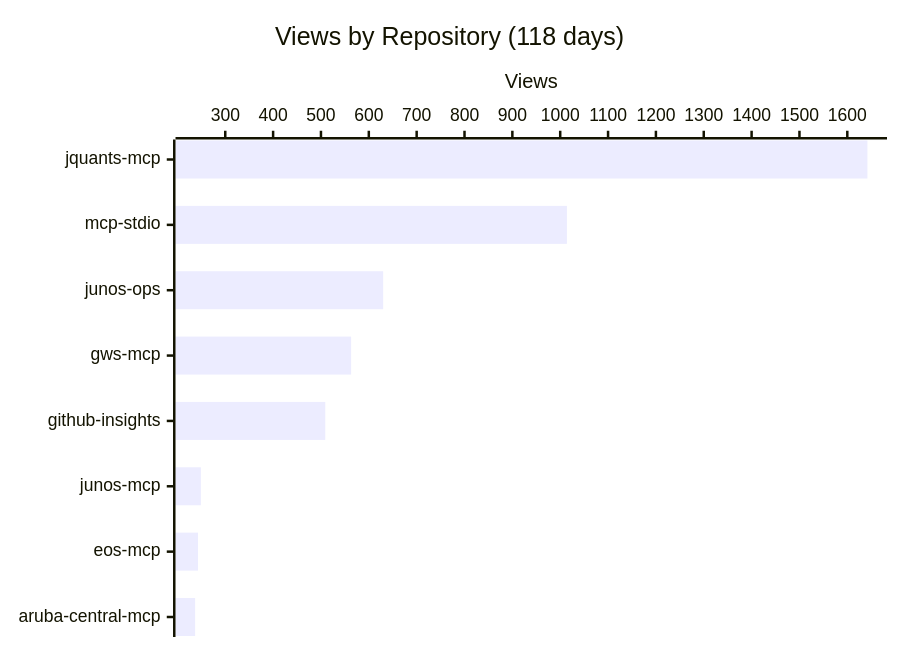
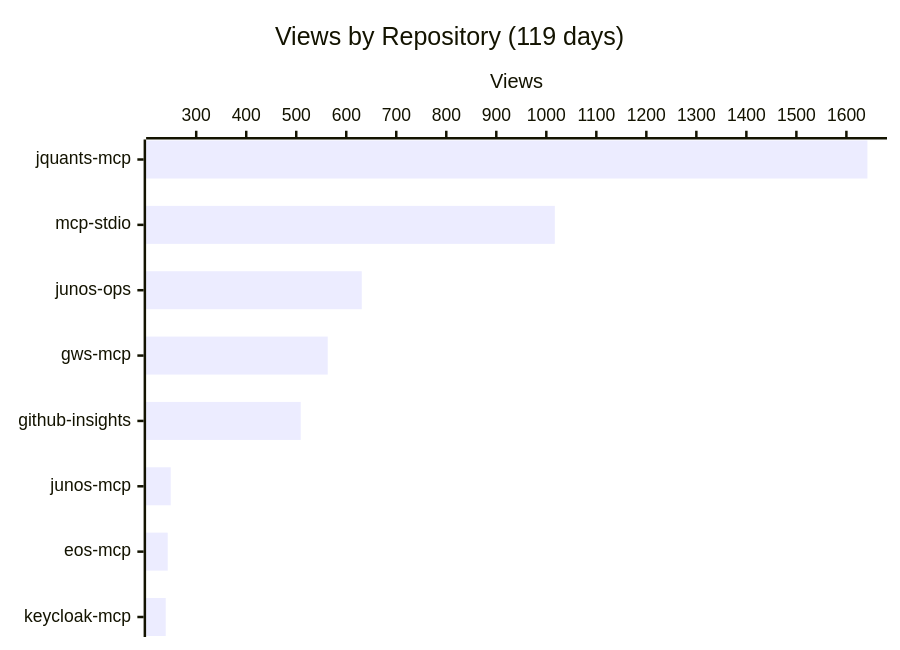
Before and after one commit to shigechika/github-insights: the first of 4 diagrams in README.md, drawn with Mermaid. The commit also changed other lines of this file and 2 other files, not shown here.

````diff
--- a/README.md
+++ b/README.md
@@ -18,7 +18,7 @@
 ```mermaid
 xychart-beta horizontal
-    title "Views by Repository (118 days)"
-    x-axis ["jquants-mcp", "mcp-stdio", "junos-ops", "gws-mcp", "github-insights", "junos-mcp", "eos-mcp", "aruba-central-mcp"]
+    title "Views by Repository (119 days)"
+    x-axis ["jquants-mcp", "mcp-stdio", "junos-ops", "gws-mcp", "github-insights", "junos-mcp", "eos-mcp", "keycloak-mcp"]
     y-axis "Views"
-    bar [1642, 1014, 630, 563, 509, 249, 243, 237]
+    bar [1642, 1017, 631, 563, 509, 249, 243, 239]
 ```
````
